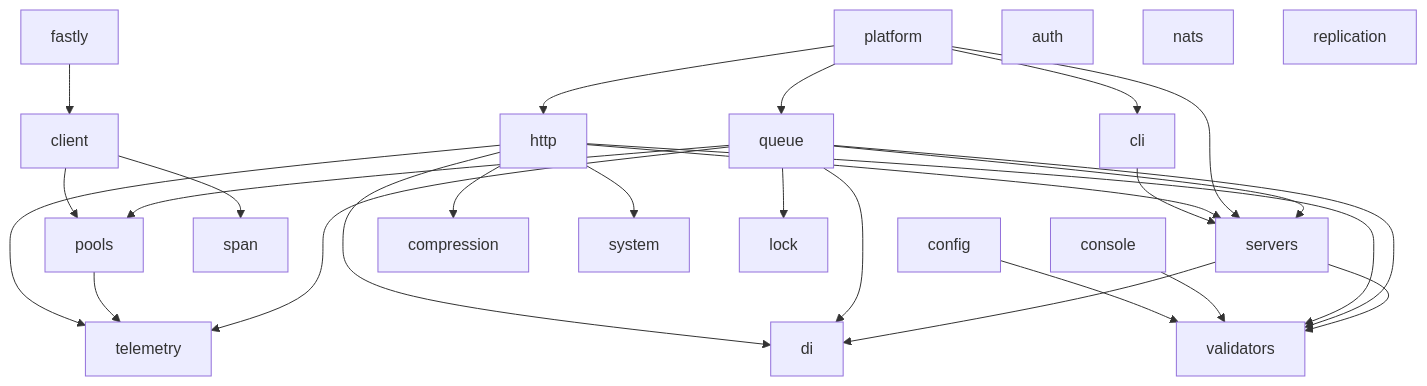
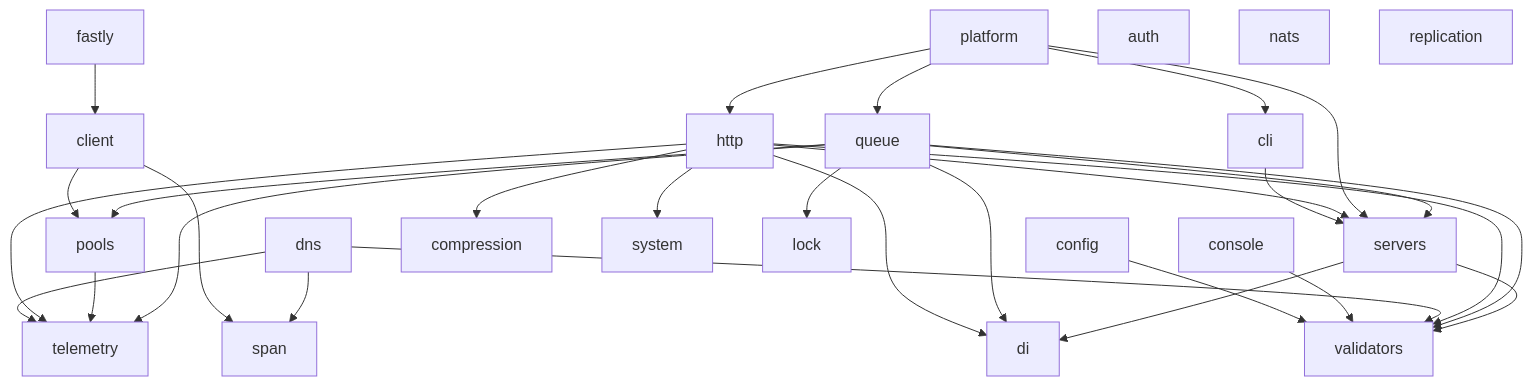
Before and after one commit to utopia-php/monorepo: the diagram in README.md, drawn with Mermaid. The commit also changed 50 other files, not shown here.

````diff
--- a/README.md
+++ b/README.md
@@ -46,31 +46,34 @@
 ```mermaid
 graph TD
     cli --> servers
     client --> pools
     client --> span
     config --> validators
     console --> validators
+    dns --> span
+    dns --> telemetry
+    dns --> validators
     fastly --> client
     http --> di
     http --> servers
     http --> compression
     http --> telemetry
     http --> validators
     http --> system
     platform --> cli
     platform --> http
     platform --> queue
     platform --> servers
     pools --> telemetry
     queue --> di
     queue --> lock
     queue --> servers
     queue --> pools
     queue --> telemetry
     queue --> validators
     servers --> di
     servers --> validators
     auth
     nats
     replication
 ```
````
